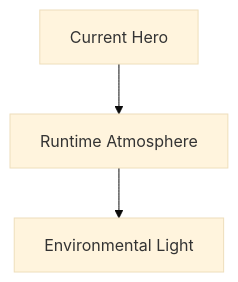
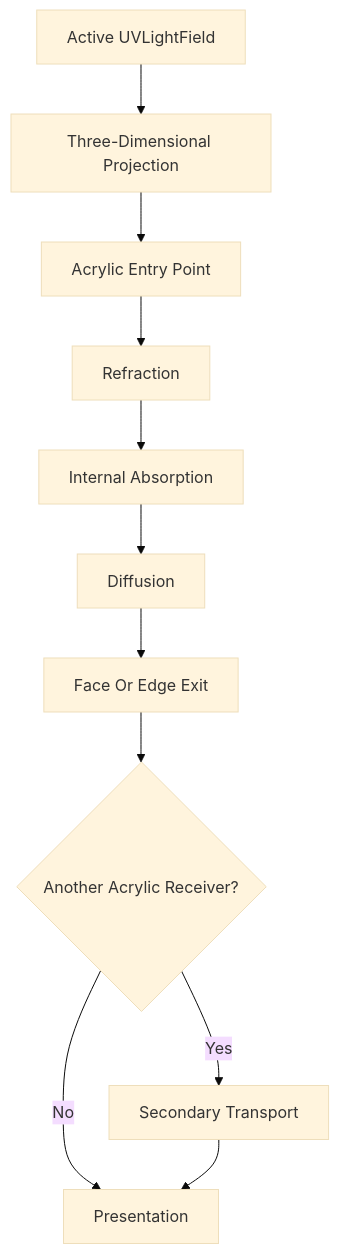
Before and after one commit to mosaic-media/architecture: the third of 7 diagrams in docs/design/system/mds-003-material-system/09-light-transport.md, drawn with Mermaid (base theme). The commit also changed other lines of this file and 12 other files, not shown here.

Commit message:
docs(mds-003): define refraction architecture

````diff
--- a/docs/design/system/mds-003-material-system/09-light-transport.md
+++ b/docs/design/system/mds-003-material-system/09-light-transport.md
@@ -111,10 +133,25 @@
 ```mermaid
 flowchart TD
 
-N1["Current Hero"]
-N2["Runtime Atmosphere"]
-N3["Environmental Light"]
+N1["Active UVLightField"]
+N2["Three-Dimensional Projection"]
+N3["Acrylic Entry Point"]
+N4["Refraction"]
+N5["Internal Absorption"]
+N6["Diffusion"]
+N7["Face Or Edge Exit"]
+N8{"Another Acrylic Receiver?"}
+N9["Secondary Transport"]
+N10["Presentation"]
 
 N1 --> N2
 N2 --> N3
+N3 --> N4
+N4 --> N5
+N5 --> N6
+N6 --> N7
+N7 --> N8
+N8 -->|Yes| N9
+N8 -->|No| N10
+N9 --> N10
 ```
````
